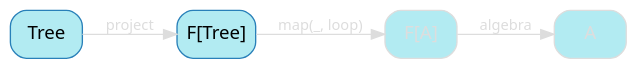
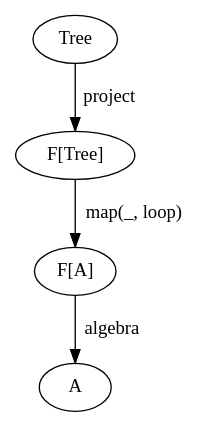
One commit to nrinaudo/recursion-schemes-from-the-ground-up changed the diagram in src/graphviz/cata-tree-2.dot. Above: the diagram before and after it, drawn with Graphviz. The commit also changed 205 other files, not shown here.

Commit message:
Use graphviz stylesheets

```diff
--- a/src/graphviz/cata-tree-2.dot
+++ b/src/graphviz/cata-tree-2.dot
@@ -1,17 +1,10 @@
 digraph {
-    bgcolor=transparent
-    splines=false
-    rankdir=LR
+    B[label=Tree]
+    ListFList[label="F[Tree]"]
+    ListFA[label="F[A]" class="disabled"]
+    A[class="disabled"]
 
-    // Default theme: disabled
-    node[shape="rectangle" style="rounded,filled" color="#dddddd" fillcolor="#b2ebf2" fontcolor="#dddddd" fontname="Segoe UI,Roboto,Helvetica,Arial,sans-serif"]
-    edge [color="#dddddd" fontcolor="#dddddd" fontname="Segoe UI,Roboto,Helvetica,Arial,sans-serif" fontsize=11]
-
-    ListFList[label="F[Tree]" color="#2980B9" fillcolor="#b2ebf2" fontcolor="#000000"]
-    ListFA[label="F[A]"]
-    B[label=Tree color="#2980B9" fillcolor="#b2ebf2" fontcolor="#000000"]
-
-    B         -> ListFList [label=project]
-    ListFList -> ListFA[label="map(_, loop)"]
-    ListFA    -> A [label=algebra]
+    B         -> ListFList [label=project class="disabled"]
+    ListFList -> ListFA[label="map(_, loop)" class="disabled"]
+    ListFA    -> A [label=algebra class="disabled"]
 }
```
